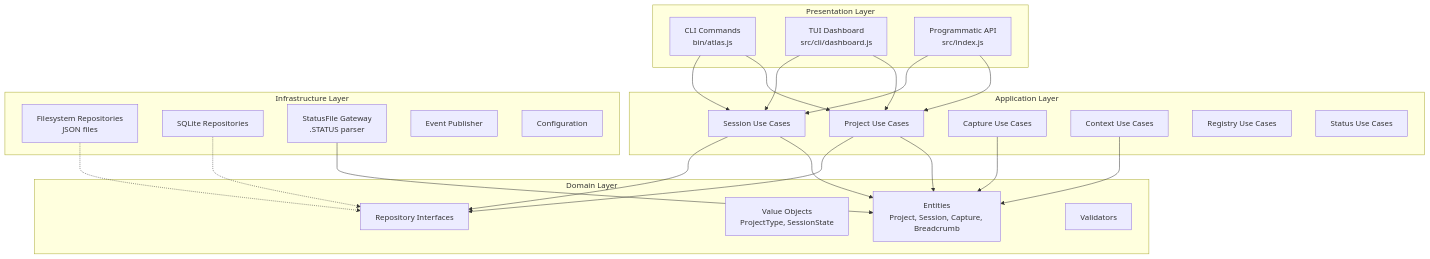
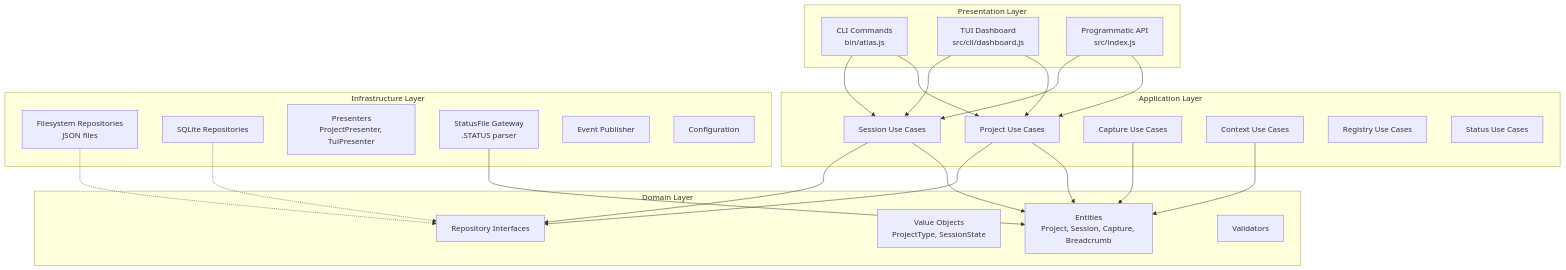
Before and after one commit to Data-Wise/atlas: the first of 11 diagrams in docs/ARCHITECTURE.md, drawn with Mermaid. The commit also changed other lines of this file and 2 other files, not shown here.

First line of the commit message:
docs: update documentation for v0.5.6 architecture

````diff
--- a/docs/ARCHITECTURE.md
+++ b/docs/ARCHITECTURE.md
@@ -25,51 +25,52 @@
 ```mermaid
 graph TB
     subgraph "Presentation Layer"
         CLI[CLI Commands<br/>bin/atlas.js]
         Dashboard[TUI Dashboard<br/>src/cli/dashboard.js]
         API[Programmatic API<br/>src/index.js]
     end
 
     subgraph "Application Layer"
         UC_Project[Project Use Cases]
         UC_Session[Session Use Cases]
         UC_Capture[Capture Use Cases]
         UC_Context[Context Use Cases]
         UC_Registry[Registry Use Cases]
         UC_Status[Status Use Cases]
     end
 
     subgraph "Domain Layer"
         Entities[Entities<br/>Project, Session, Capture, Breadcrumb]
         ValueObjects[Value Objects<br/>ProjectType, SessionState]
         RepoInterfaces[Repository Interfaces]
         Validators[Validators]
     end
 
     subgraph "Infrastructure Layer"
         FSRepo[Filesystem Repositories<br/>JSON files]
         SQLRepo[SQLite Repositories]
+        Presenters[Presenters<br/>ProjectPresenter, TuiPresenter]
         StatusGateway[StatusFile Gateway<br/>.STATUS parser]
         EventPub[Event Publisher]
         Config[Configuration]
     end
 
     CLI --> UC_Project
     CLI --> UC_Session
     Dashboard --> UC_Project
     Dashboard --> UC_Session
     API --> UC_Project
     API --> UC_Session
 
     UC_Project --> Entities
     UC_Session --> Entities
     UC_Capture --> Entities
     UC_Context --> Entities
 
     UC_Project --> RepoInterfaces
     UC_Session --> RepoInterfaces
 
     FSRepo -.-> RepoInterfaces
     SQLRepo -.-> RepoInterfaces
     StatusGateway --> Entities
 ```
````
